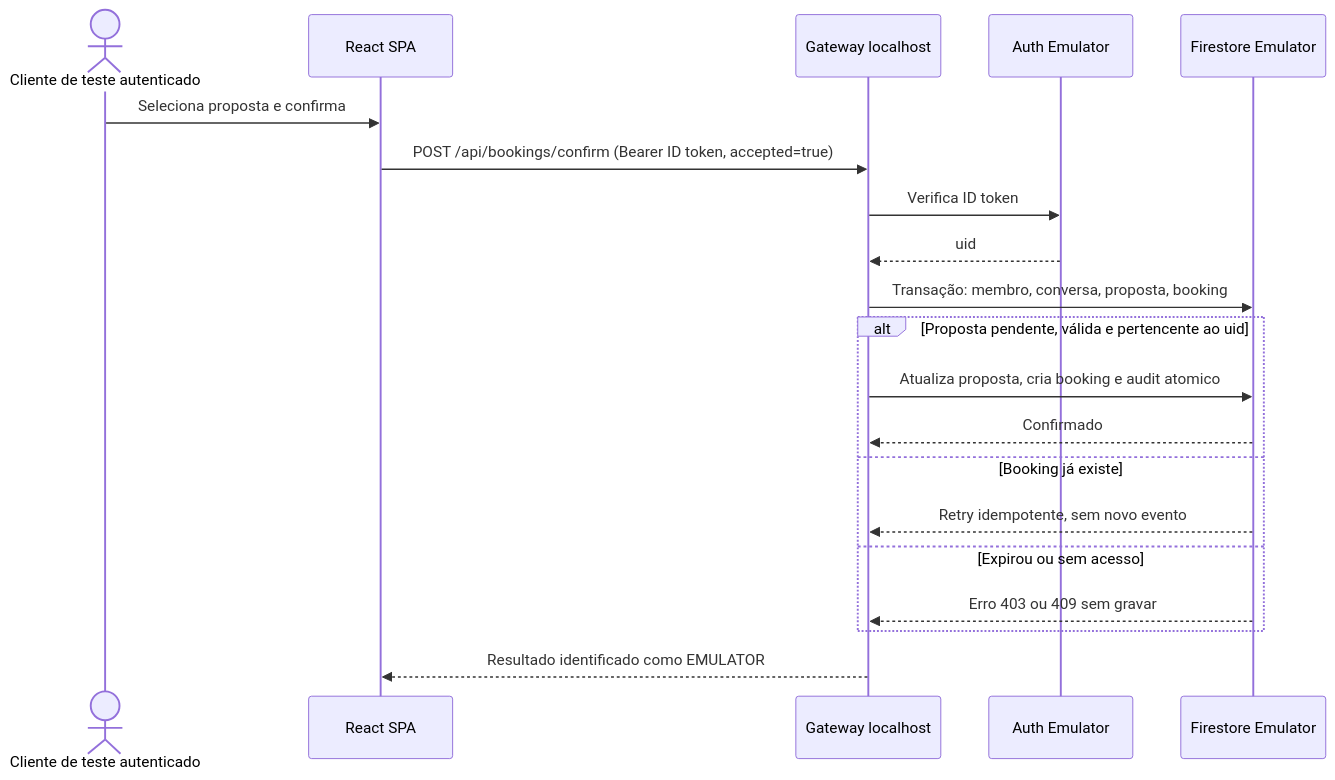
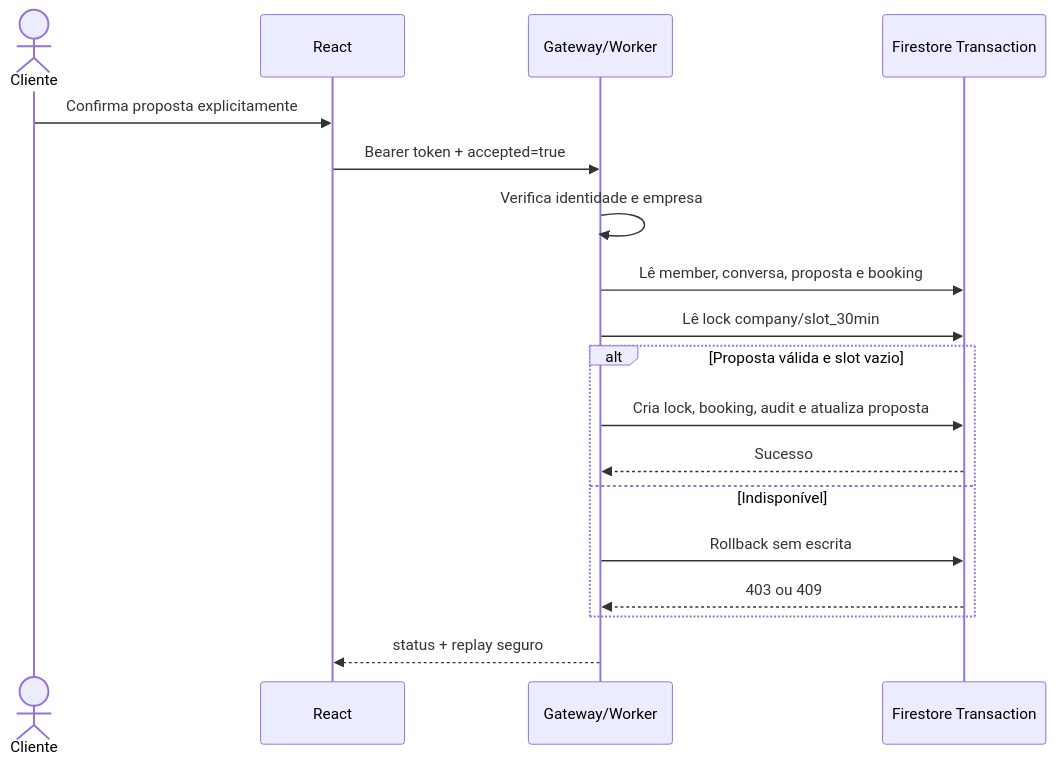
One commit to CristianoRFB/RFB-Agent changed the second of 3 diagrams in docs/IMPLEMENTED-DIAGRAMS.md. Above: the diagram before and after it, drawn with Mermaid. The commit also changed other lines of this file and 9 other files, not shown here.

Commit message:
docs(rfb): record tested Cloudflare Worker, secure booking, human queue and release blockers

````diff
--- a/docs/IMPLEMENTED-DIAGRAMS.md
+++ b/docs/IMPLEMENTED-DIAGRAMS.md
@@ -33,22 +19,20 @@
 ```mermaid
 sequenceDiagram
-  actor U as Cliente de teste autenticado
-  participant UI as React SPA
-  participant GW as Gateway localhost
-  participant FA as Auth Emulator
-  participant DB as Firestore Emulator
-  U->>UI: Seleciona proposta e confirma
-  UI->>GW: POST /api/bookings/confirm (Bearer ID token, accepted=true)
-  GW->>FA: Verifica ID token
-  FA-->>GW: uid
-  GW->>DB: Transação: membro, conversa, proposta, booking
-  alt Proposta pendente, válida e pertencente ao uid
-    GW->>DB: Atualiza proposta, cria booking e audit atomico
-    DB-->>GW: Confirmado
-  else Booking já existe
-    DB-->>GW: Retry idempotente, sem novo evento
-  else Expirou ou sem acesso
-    DB-->>GW: Erro 403 ou 409 sem gravar
+  actor Cliente
+  participant UI as React
+  participant API as Gateway/Worker
+  participant DB as Firestore Transaction
+  Cliente->>UI: Confirma proposta explicitamente
+  UI->>API: Bearer token + accepted=true
+  API->>API: Verifica identidade e empresa
+  API->>DB: Lê member, conversa, proposta e booking
+  API->>DB: Lê lock company/slot_30min
+  alt Proposta válida e slot vazio
+    API->>DB: Cria lock, booking, audit e atualiza proposta
+    DB-->>API: Sucesso
+  else Indisponível
+    API->>DB: Rollback sem escrita
+    DB-->>API: 403 ou 409
   end
-  GW-->>UI: Resultado identificado como EMULATOR
+  API-->>UI: status + replay seguro
 ```
````
